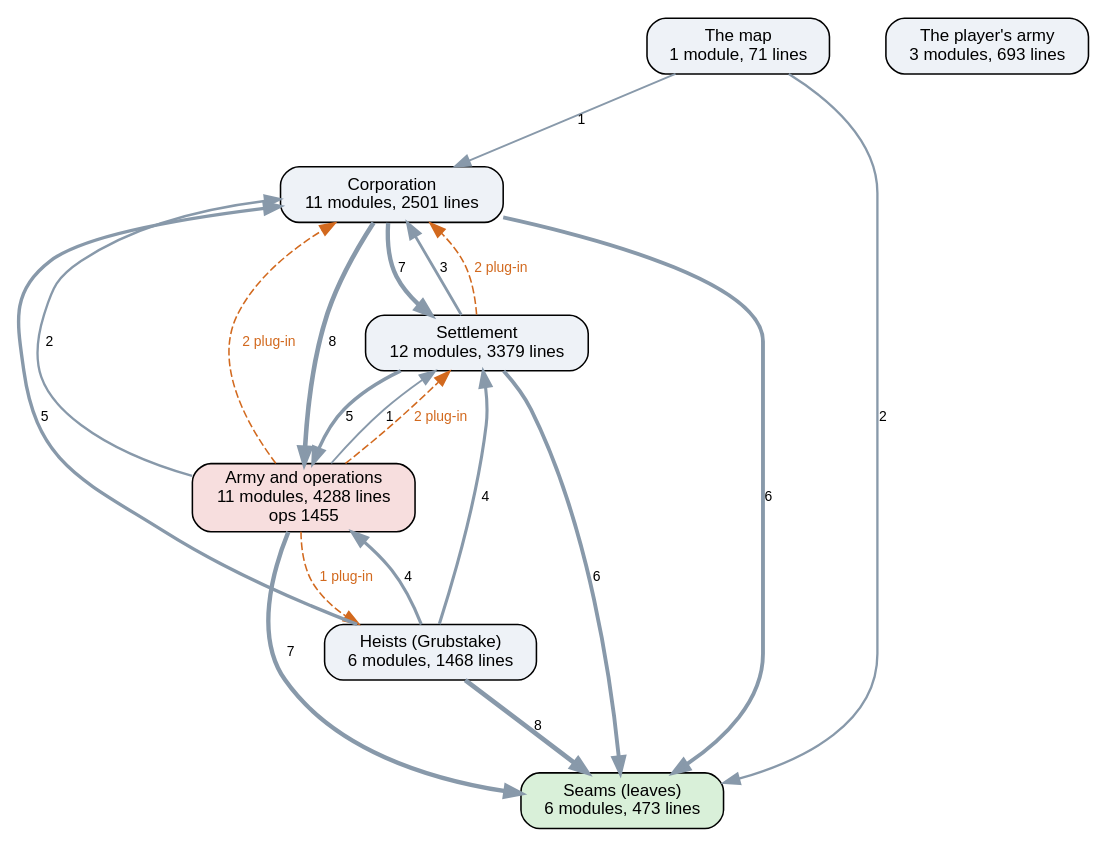
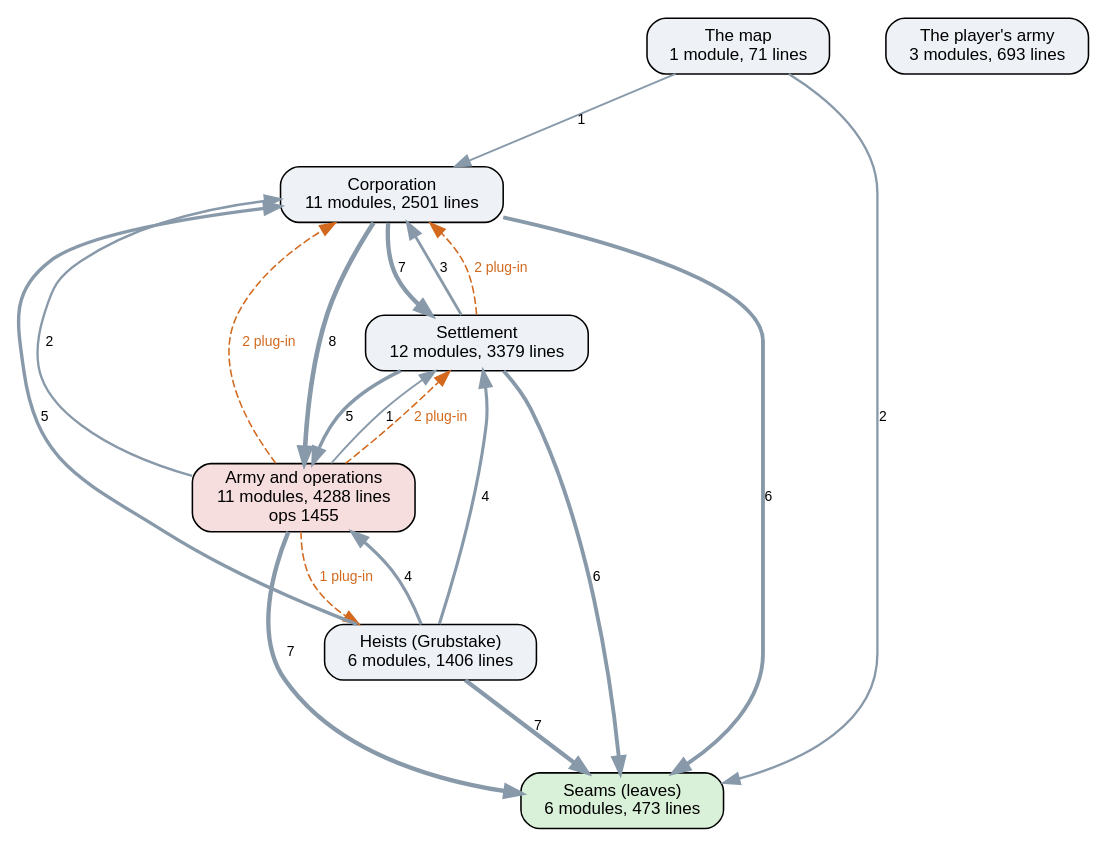
The diagram in docs/ai-layers.dot (kinelhu/landing-party), drawn with Graphviz before and after one commit. The commit also changed 11 other files, not shown here.

```diff
--- a/docs/ai-layers.dot
+++ b/docs/ai-layers.dot
@@ -1,31 +1,31 @@
 digraph layers {
   graph [rankdir=TB, fontname="Helvetica", nodesep=0.5, ranksep=0.7];
   node [shape=box, style="rounded,filled", fontname="Helvetica", fontsize=11, fillcolor="#eef2f7"];
   edge [color="#8899aa", fontname="Helvetica", fontsize=9];
   "Seams (leaves)" [label="Seams (leaves)\n6 modules, 473 lines", fillcolor="#d9f0d9"];
   "Corporation" [label="Corporation\n11 modules, 2501 lines", fillcolor="#eef2f7"];
   "Settlement" [label="Settlement\n12 modules, 3379 lines", fillcolor="#eef2f7"];
   "Army and operations" [label="Army and operations\n11 modules, 4288 lines\nops 1455", fillcolor="#f7dede"];
-  "Heists (Grubstake)" [label="Heists (Grubstake)\n6 modules, 1468 lines", fillcolor="#eef2f7"];
+  "Heists (Grubstake)" [label="Heists (Grubstake)\n6 modules, 1406 lines", fillcolor="#eef2f7"];
   "The map" [label="The map\n1 module, 71 lines", fillcolor="#eef2f7"];
   "The player's army" [label="The player's army\n3 modules, 693 lines", fillcolor="#eef2f7"];
   "Army and operations" -> "Corporation" [label="2", penwidth=1.5];
   "Army and operations" -> "Seams (leaves)" [label="7", penwidth=2.8];
   "Army and operations" -> "Settlement" [label="1", penwidth=1.2];
   "Corporation" -> "Army and operations" [label="8", penwidth=3.0];
   "Corporation" -> "Seams (leaves)" [label="6", penwidth=2.5];
   "Corporation" -> "Settlement" [label="7", penwidth=2.8];
   "Heists (Grubstake)" -> "Army and operations" [label="4", penwidth=2.0];
   "Heists (Grubstake)" -> "Corporation" [label="5", penwidth=2.2];
-  "Heists (Grubstake)" -> "Seams (leaves)" [label="8", penwidth=3.0];
+  "Heists (Grubstake)" -> "Seams (leaves)" [label="7", penwidth=2.8];
   "Heists (Grubstake)" -> "Settlement" [label="4", penwidth=2.0];
   "Settlement" -> "Army and operations" [label="5", penwidth=2.2];
   "Settlement" -> "Corporation" [label="3", penwidth=1.8];
   "Settlement" -> "Seams (leaves)" [label="6", penwidth=2.5];
   "The map" -> "Corporation" [label="1", penwidth=1.2];
   "The map" -> "Seams (leaves)" [label="2", penwidth=1.5];
   "Army and operations" -> "Corporation" [style=dashed, color="#d2691e", fontcolor="#d2691e", label="2 plug-in"];
   "Army and operations" -> "Heists (Grubstake)" [style=dashed, color="#d2691e", fontcolor="#d2691e", label="1 plug-in"];
   "Army and operations" -> "Settlement" [style=dashed, color="#d2691e", fontcolor="#d2691e", label="2 plug-in"];
   "Settlement" -> "Corporation" [style=dashed, color="#d2691e", fontcolor="#d2691e", label="2 plug-in"];
 }
```
